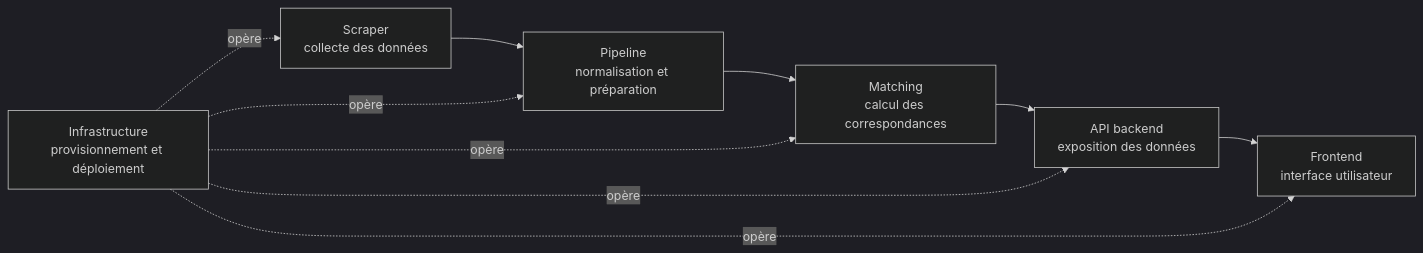
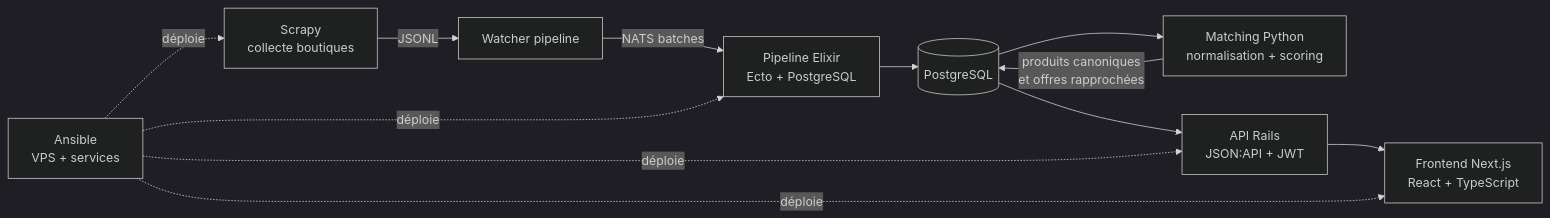
One commit to darkslategrey/vapalape-public changed the first of 2 diagrams in README.md. Above: the diagram before and after it, drawn with Mermaid (dark theme). The commit also changed other lines of this file and 6 other files, not shown here.

````diff
--- a/README.md
+++ b/README.md
@@ -11,12 +9,14 @@
 ```mermaid
 flowchart LR
-    S[Scraper\ncollecte des données] --> P[Pipeline\nnormalisation et préparation]
-    P --> M[Matching\ncalcul des correspondances]
-    M --> B[API backend\nexposition des données]
-    B --> F[Frontend\ninterface utilisateur]
-    I[Infrastructure\nprovisionnement et déploiement] -. opère .-> S
-    I -. opère .-> P
-    I -. opère .-> M
-    I -. opère .-> B
-    I -. opère .-> F
+    S[Scrapy\ncollecte boutiques] -->|JSONL| W[Watcher pipeline]
+    W -->|NATS batches| P[Pipeline Elixir\nEcto + PostgreSQL]
+    P --> D[(PostgreSQL)]
+    D --> M[Matching Python\nnormalisation + scoring]
+    M -->|produits canoniques\net offres rapprochées| D
+    D --> A[API Rails\nJSON:API + JWT]
+    A --> F[Frontend Next.js\nReact + TypeScript]
+    I[Ansible\nVPS + services] -. déploie .-> S
+    I -. déploie .-> P
+    I -. déploie .-> A
+    I -. déploie .-> F
 ```
````
